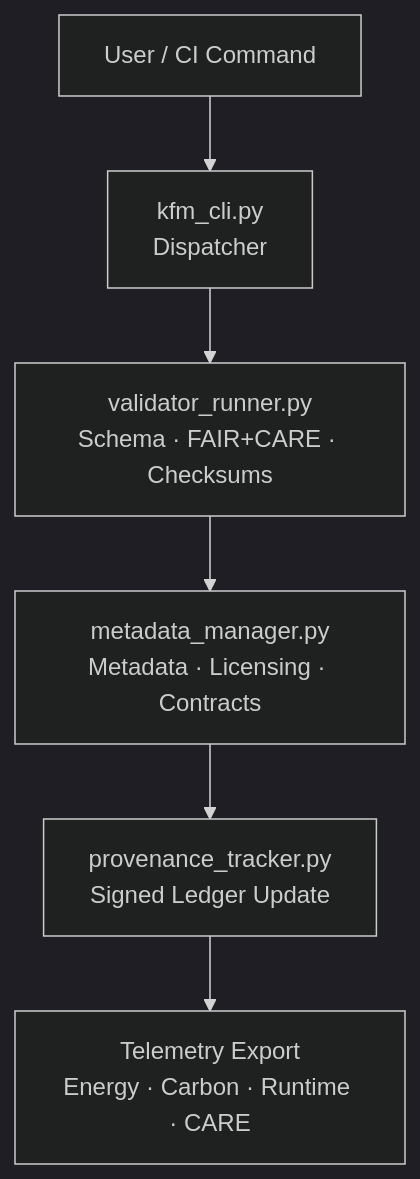
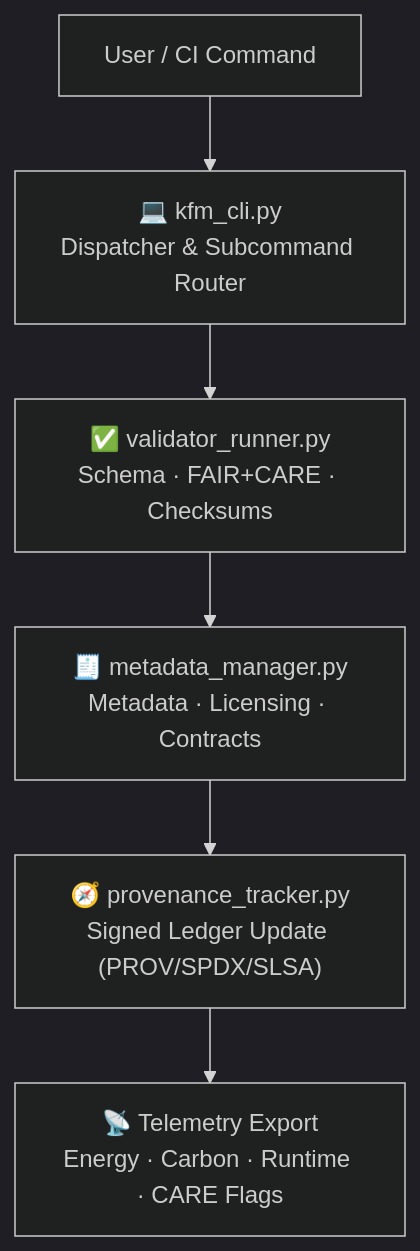
One commit to bartytime4life/Kansas-Frontier-Matrix changed the diagram in tools/cli/README.md. Above: the diagram before and after it, drawn with Mermaid (dark theme). The commit also changed other lines of this file, not shown here.

````diff
--- a/tools/cli/README.md
+++ b/tools/cli/README.md
@@ -150,8 +150,8 @@
-~~~~mermaid
+```mermaid
 flowchart TD
-    A["User / CI Command"] --> B["kfm_cli.py\nDispatcher"]
-    B --> C["validator_runner.py\nSchema · FAIR+CARE · Checksums"]
-    C --> D["metadata_manager.py\nMetadata · Licensing · Contracts"]
-    D --> E["provenance_tracker.py\nSigned Ledger Update"]
-    E --> F["Telemetry Export\nEnergy · Carbon · Runtime · CARE"]
-~~~~
+    A["User / CI Command"] --> B["💻 kfm_cli.py\nDispatcher & Subcommand Router"]
+    B --> C["✅ validator_runner.py\nSchema · FAIR+CARE · Checksums"]
+    C --> D["🧾 metadata_manager.py\nMetadata · Licensing · Contracts"]
+    D --> E["🧭 provenance_tracker.py\nSigned Ledger Update (PROV/SPDX/SLSA)"]
+    E --> F["📡 Telemetry Export\nEnergy · Carbon · Runtime · CARE Flags"]
+```
````
